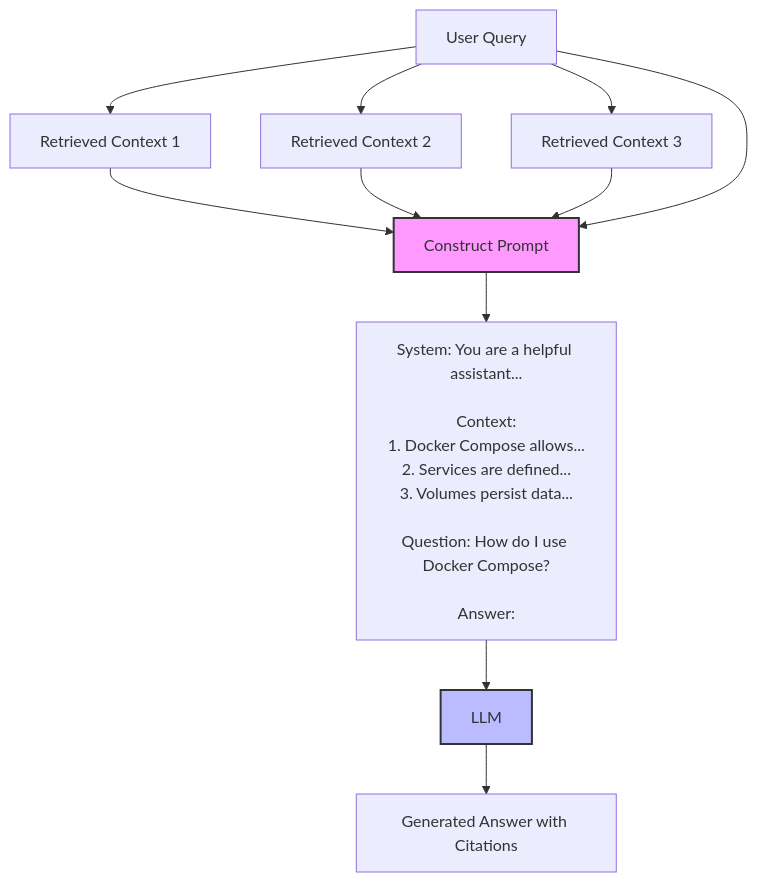
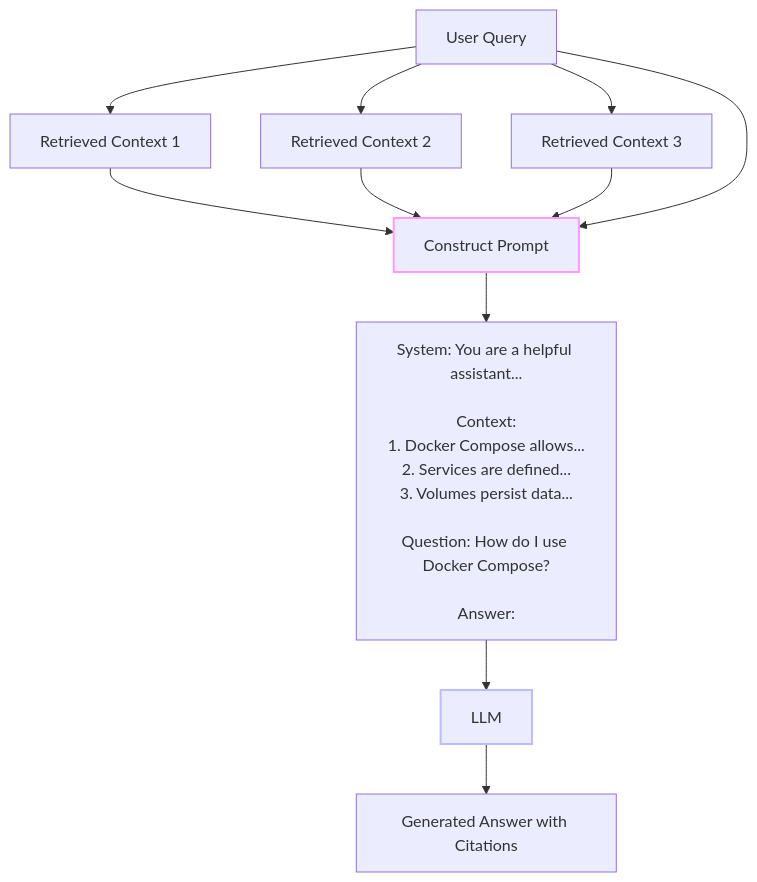
One commit to Shaddix/mostlylucidweb changed the fifth of 9 diagrams in Mostlylucid/Markdown/rag-primer.md. Above: the diagram before and after it, drawn with Mermaid. The commit also changed other lines of this file and 7 other files, not shown here.

````diff
--- a/Mostlylucid/Markdown/rag-primer.md
+++ b/Mostlylucid/Markdown/rag-primer.md
@@ -456,19 +512,19 @@
 ```mermaid
 flowchart TB
     A[User Query] --> B[Retrieved Context 1]
     A --> C[Retrieved Context 2]
     A --> D[Retrieved Context 3]
 
     B --> E[Construct Prompt]
     C --> E
     D --> E
     A --> E
 
     E --> F["System: You are a helpful assistant...\n\nContext:\n1. Docker Compose allows...\n2. Services are defined...\n3. Volumes persist data...\n\nQuestion: How do I use Docker Compose?\n\nAnswer:"]
 
     F --> G[LLM]
     G --> H[Generated Answer with Citations]
 
-    style E fill:#f9f,stroke:#333,stroke-width:2px
-    style G fill:#bbf,stroke:#333,stroke-width:2px
+    style E stroke:#f9f,stroke-width:2px
+    style G stroke:#bbf,stroke-width:2px
 ```
````
